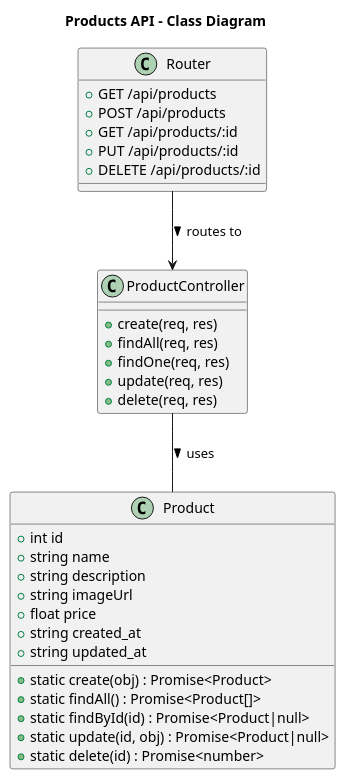
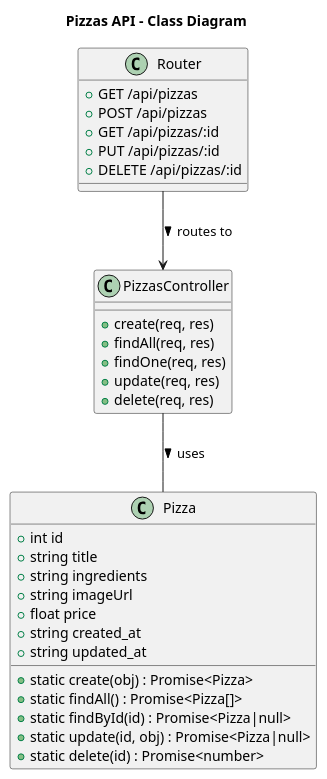
The diagram in docs/class_diagram.puml (ThierryPerroud/I321-Perroud-Thierry), drawn with PlantUML before and after one commit. The commit also changed 6 other files, not shown here.

Commit message:
Feat: adapted the app and database to not use generic products, but specifically be themed around pizzas, as required.

```diff
--- a/docs/class_diagram.puml
+++ b/docs/class_diagram.puml
@@ -1,38 +1,38 @@
 @startuml
-title Products API - Class Diagram
+title Pizzas API - Class Diagram
 
-class Product {
+class Pizza {
   +int id
-  +string name
-  +string description
+  +string title
+  +string ingredients
   +string imageUrl
   +float price
   +string created_at
   +string updated_at
-  +static create(obj) : Promise<Product>
-  +static findAll() : Promise<Product[]>
-  +static findById(id) : Promise<Product|null>
-  +static update(id, obj) : Promise<Product|null>
+  +static create(obj) : Promise<Pizza>
+  +static findAll() : Promise<Pizza[]>
+  +static findById(id) : Promise<Pizza|null>
+  +static update(id, obj) : Promise<Pizza|null>
   +static delete(id) : Promise<number>
 }
 
-class ProductController {
+class PizzasController {
   +create(req, res)
   +findAll(req, res)
   +findOne(req, res)
   +update(req, res)
   +delete(req, res)
 }
 
 class Router {
-  +GET /api/products
-  +POST /api/products
-  +GET /api/products/:id
-  +PUT /api/products/:id
-  +DELETE /api/products/:id
+  +GET /api/pizzas
+  +POST /api/pizzas
+  +GET /api/pizzas/:id
+  +PUT /api/pizzas/:id
+  +DELETE /api/pizzas/:id
 }
 
-ProductController -- Product : uses >
-Router --> ProductController : routes to >
+PizzasController -- Pizza : uses >
+Router --> PizzasController : routes to >
 
 @enduml
```
